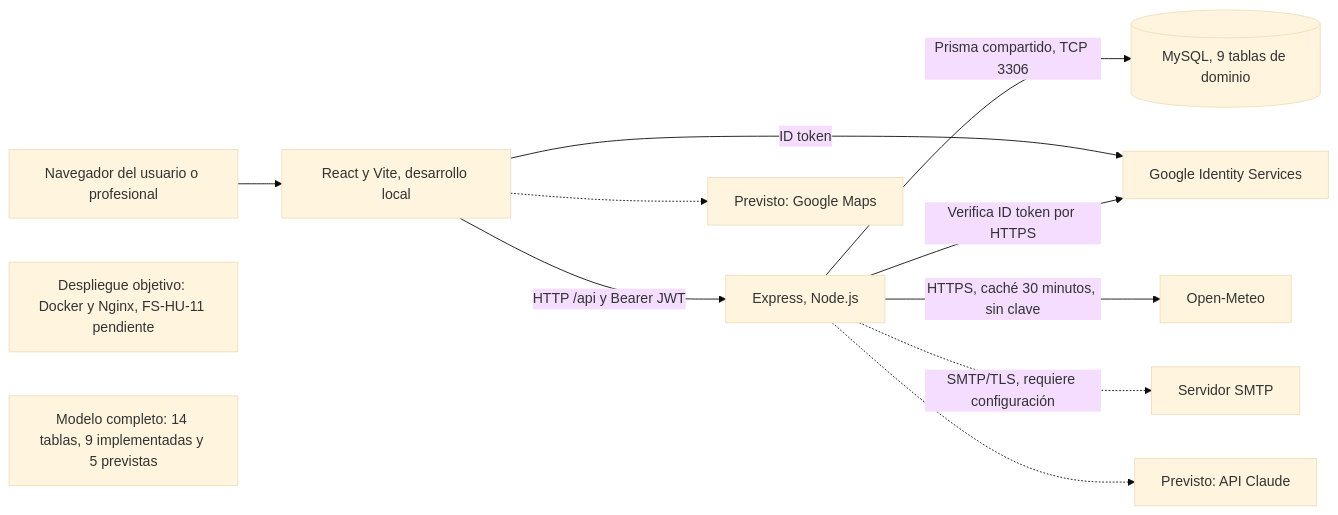
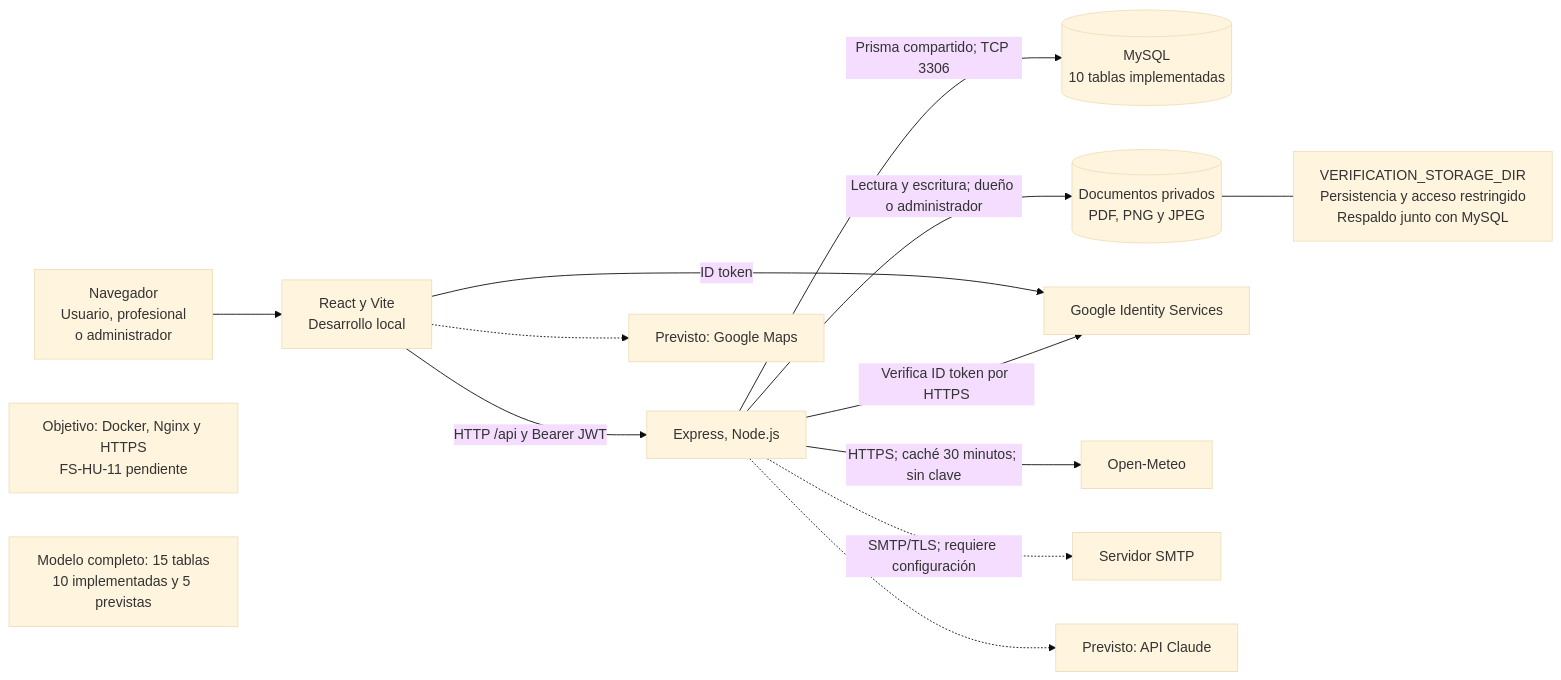
One commit to rodriacr/FitSearch changed the diagram in FASE 2/Evidencias Proyecto/Evidencias de documentación/Diagramas (Miro)/Actualización Sprint 3/08_Vista_Fisica.mmd. Above: the diagram before and after it, drawn with Mermaid (base theme). The commit also changed 31 other files, not shown here.

Commit message:
Documenta panel administrativo en DAS 1.18 y diagramas

```diff
--- a/FASE 2/Evidencias Proyecto/Evidencias de documentación/Diagramas (Miro)/Actualización Sprint 3/08_Vista_Fisica.mmd
+++ b/FASE 2/Evidencias Proyecto/Evidencias de documentación/Diagramas (Miro)/Actualización Sprint 3/08_Vista_Fisica.mmd
@@ -1,12 +1,14 @@
 flowchart LR
-  U["Navegador del usuario o profesional"] --> F["React y Vite, desarrollo local"]
+  U["Navegador<br/>Usuario, profesional<br/>o administrador"] --> F["React y Vite<br/>Desarrollo local"]
   F -->|"HTTP /api y Bearer JWT"| B["Express, Node.js"]
-  B -->|"Prisma compartido, TCP 3306"| D[("MySQL, 9 tablas de dominio")]
+  B -->|"Prisma compartido; TCP 3306"| D[("MySQL<br/>10 tablas implementadas")]
+  B -->|"Lectura y escritura; dueño o administrador"| A[("Documentos privados<br/>PDF, PNG y JPEG")]
+  A --- P["VERIFICATION_STORAGE_DIR<br/>Persistencia y acceso restringido<br/>Respaldo junto con MySQL"]
   F -->|"ID token"| I["Google Identity Services"]
   B -->|"Verifica ID token por HTTPS"| I
-  B -->|"HTTPS, caché 30 minutos, sin clave"| O["Open-Meteo"]
-  B -.->|"SMTP/TLS, requiere configuración"| S["Servidor SMTP"]
+  B -->|"HTTPS; caché 30 minutos; sin clave"| O["Open-Meteo"]
+  B -.->|"SMTP/TLS; requiere configuración"| S["Servidor SMTP"]
   F -.-> G["Previsto: Google Maps"]
   B -.-> C["Previsto: API Claude"]
-  N["Despliegue objetivo: Docker y Nginx, FS-HU-11 pendiente"]
-  M["Modelo completo: 14 tablas, 9 implementadas y 5 previstas"]
+  N["Objetivo: Docker, Nginx y HTTPS<br/>FS-HU-11 pendiente"]
+  M["Modelo completo: 15 tablas<br/>10 implementadas y 5 previstas"]
```
